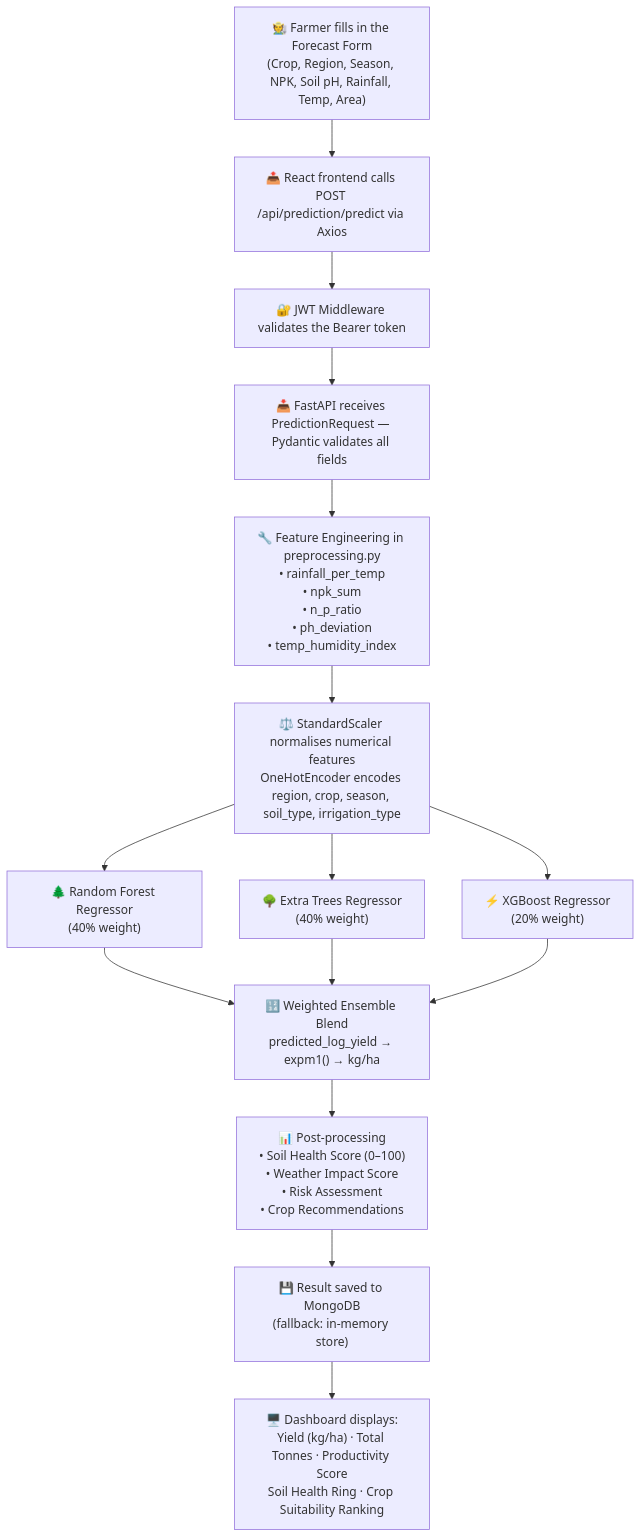
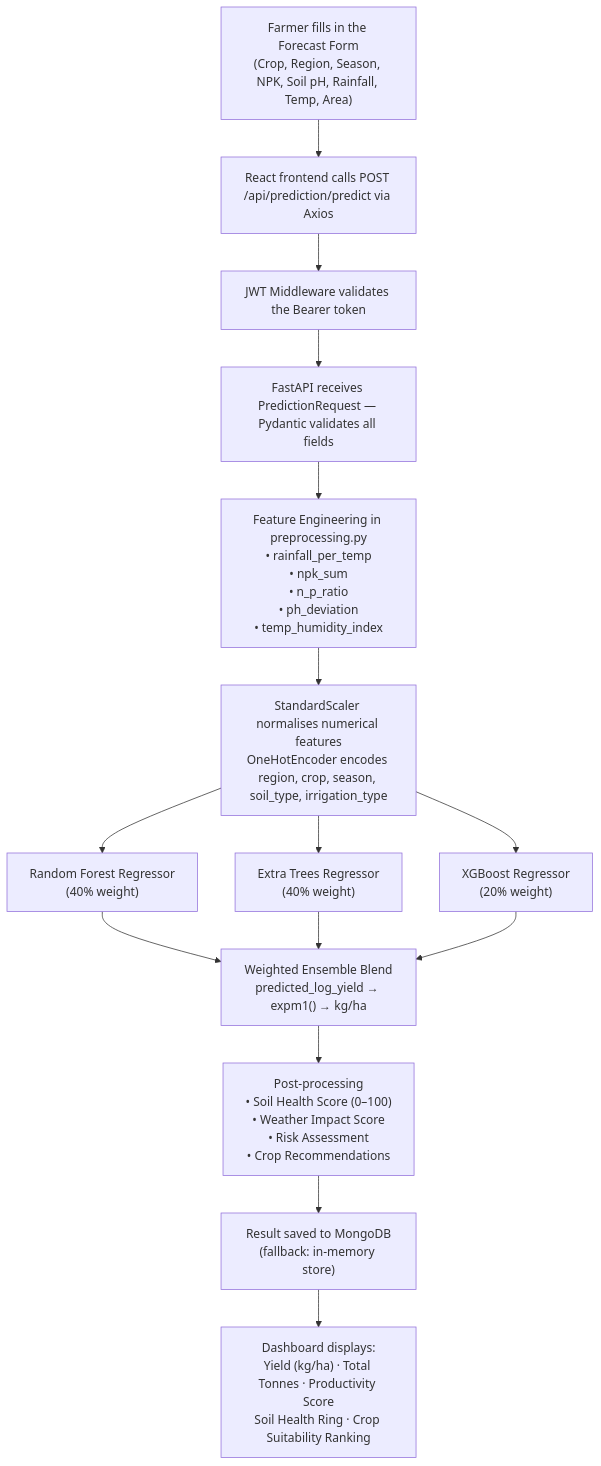
Before and after one commit to Yash191220/Yashraj_-Crop-Yield-Prediction-Agricultural-Productivity-Forecasting-System: the second of 5 diagrams in README.md, drawn with Mermaid. The commit also changed other lines of this file, not shown here.

````diff
--- a/README.md
+++ b/README.md
@@ -80,20 +80,20 @@
 ```mermaid
 flowchart TD
-    A["🧑‍🌾 Farmer fills in the Forecast Form\n(Crop, Region, Season, NPK, Soil pH, Rainfall, Temp, Area)"]
-    B["📤 React frontend calls POST /api/prediction/predict via Axios"]
-    C["🔐 JWT Middleware validates the Bearer token"]
-    D["📥 FastAPI receives PredictionRequest — Pydantic validates all fields"]
-    E["🔧 Feature Engineering in preprocessing.py\n• rainfall_per_temp\n• npk_sum\n• n_p_ratio\n• ph_deviation\n• temp_humidity_index"]
-    F["⚖️ StandardScaler normalises numerical features\nOneHotEncoder encodes region, crop, season, soil_type, irrigation_type"]
-    G1["🌲 Random Forest Regressor\n(40% weight)"]
-    G2["🌳 Extra Trees Regressor\n(40% weight)"]
-    G3["⚡ XGBoost Regressor\n(20% weight)"]
-    H["🔢 Weighted Ensemble Blend\npredicted_log_yield → expm1() → kg/ha"]
-    I["📊 Post-processing\n• Soil Health Score (0–100)\n• Weather Impact Score\n• Risk Assessment\n• Crop Recommendations"]
-    J["💾 Result saved to MongoDB\n(fallback: in-memory store)"]
-    K["🖥️ Dashboard displays:\nYield (kg/ha) · Total Tonnes · Productivity Score\nSoil Health Ring · Crop Suitability Ranking"]
+    A["Farmer fills in the Forecast Form\n(Crop, Region, Season, NPK, Soil pH, Rainfall, Temp, Area)"]
+    B["React frontend calls POST /api/prediction/predict via Axios"]
+    C["JWT Middleware validates the Bearer token"]
+    D["FastAPI receives PredictionRequest — Pydantic validates all fields"]
+    E["Feature Engineering in preprocessing.py\n• rainfall_per_temp\n• npk_sum\n• n_p_ratio\n• ph_deviation\n• temp_humidity_index"]
+    F["StandardScaler normalises numerical features\nOneHotEncoder encodes region, crop, season, soil_type, irrigation_type"]
+    G1["Random Forest Regressor\n(40% weight)"]
+    G2["Extra Trees Regressor\n(40% weight)"]
+    G3["XGBoost Regressor\n(20% weight)"]
+    H["Weighted Ensemble Blend\npredicted_log_yield → expm1() → kg/ha"]
+    I["Post-processing\n• Soil Health Score (0–100)\n• Weather Impact Score\n• Risk Assessment\n• Crop Recommendations"]
+    J["Result saved to MongoDB\n(fallback: in-memory store)"]
+    K["Dashboard displays:\nYield (kg/ha) · Total Tonnes · Productivity Score\nSoil Health Ring · Crop Suitability Ranking"]
 
     A --> B --> C --> D --> E --> F
     F --> G1 & G2 & G3
     G1 & G2 & G3 --> H --> I --> J --> K
 ```
````
